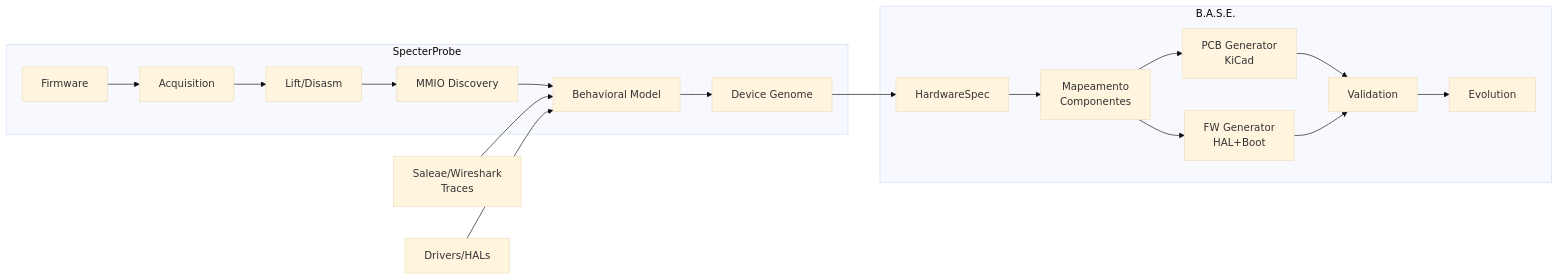
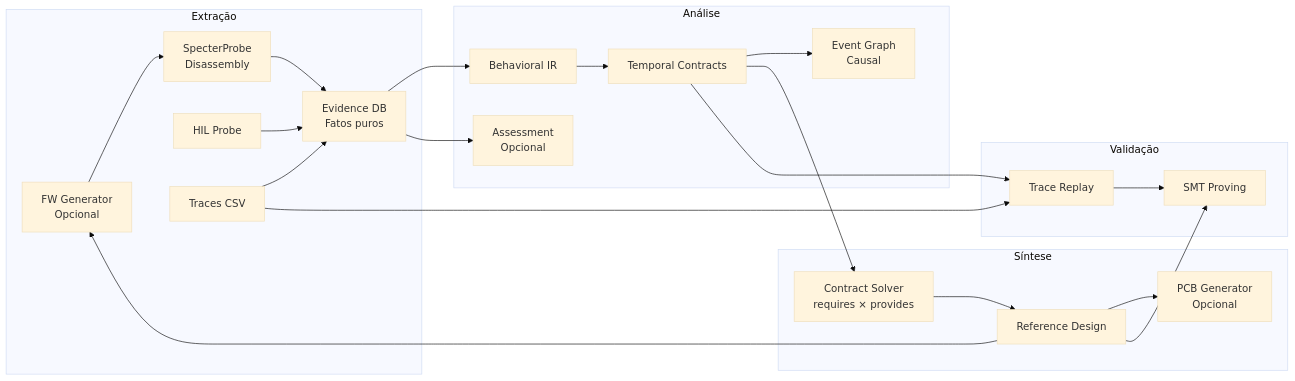
The diagram in base-vault/01 - Architecture/01.01 Overview.md (bmcc-DEV/B.A.S.E.), drawn with Mermaid (base theme) before and after one commit. The commit also changed other lines of this file and 4 other files, not shown here.

````diff
--- a/base-vault/01 - Architecture/01.01 Overview.md
+++ b/base-vault/01 - Architecture/01.01 Overview.md
@@ -51,23 +53,30 @@
 ```mermaid
 flowchart LR
-    subgraph SpecterProbe
-        FW[Firmware] --> ACQ[Acquisition]
-        ACQ --> LIFT[Lift/Disasm]
-        LIFT --> MMIO[MMIO Discovery]
-        MMIO --> BEH[Behavioral Model]
-        BEH --> GENOME[Device Genome]
+    subgraph "Extração"
+        FW[Firmware] --> SP[SpecterProbe<br/>Disassembly]
+        SP --> EVD[Evidence DB<br/>Fatos puros]
+        HIL[HIL Probe] --> EVD
+        CSV[Traces CSV] --> EVD
     end
     
-    subgraph B.A.S.E.
-        GENOME --> SPEC[HardwareSpec]
-        SPEC --> MAP[Mapeamento<br/>Componentes]
-        MAP --> PCB[PCB Generator<br/>KiCad]
-        MAP --> FW_Gen[FW Generator<br/>HAL+Boot]
-        PCB --> VAL[Validation]
-        FW_Gen --> VAL
-        VAL --> EVOLVE[Evolution]
+    subgraph "Análise"
+        EVD --> BIR[Behavioral IR]
+        EVD --> ASSESS[Assessment<br/>Opcional]
+        BIR --> TC[Temporal Contracts]
+        TC --> EG[Event Graph<br/>Causal]
     end
     
-    TRACE[Saleae/Wireshark<br/>Traces] --> BEH
-    DRIVERS[Drivers/HALs] --> BEH
+    subgraph "Síntese"
+        TC --> SOLVER[Contract Solver<br/>requires × provides]
+        SOLVER --> RD[Reference Design]
+        RD --> PCB[PCB Generator<br/>Opcional]
+        RD --> FW[FW Generator<br/>Opcional]
+    end
+    
+    subgraph "Validação"
+        CSV --> REPLAY[Trace Replay]
+        TC --> REPLAY
+        REPLAY --> SMT[SMT Proving]
+        RD --> SMT
+    end
 ```
````
